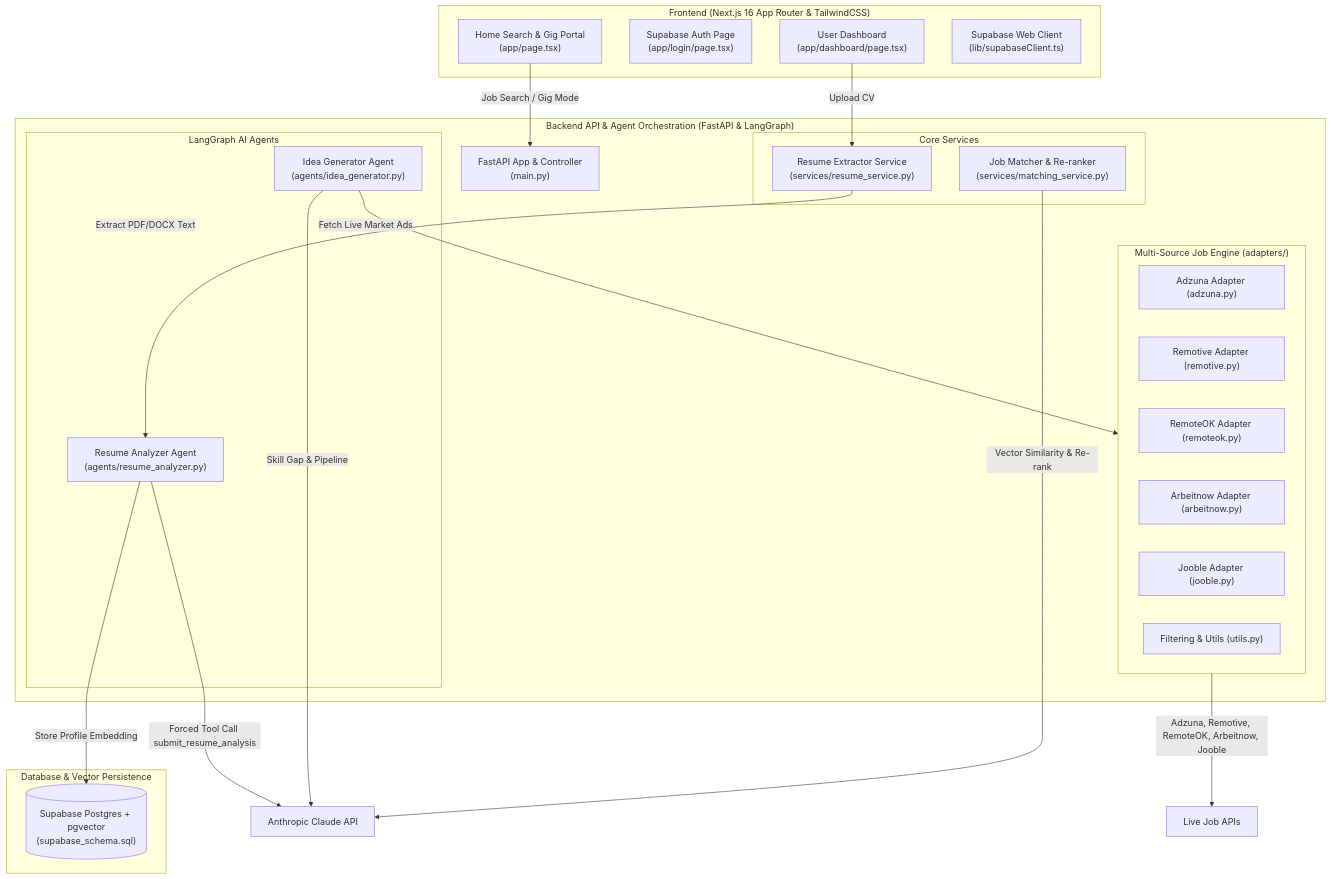
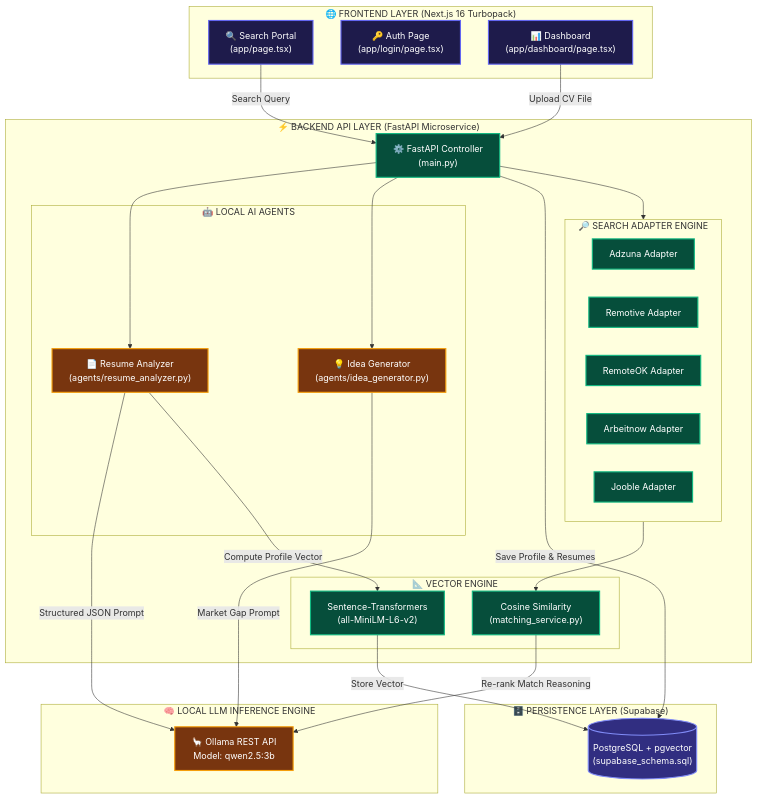
Before and after one commit to ArhamAkhtarr/trajectory: the diagram in project_pipeline.md, drawn with Mermaid. The commit also changed other lines of this file and 3 other files, not shown here.

Commit message:
Add project_info.md user guide, concepts.md technical guide, enhance project_pipeline.md and README.md documentation

````diff
--- a/project_pipeline.md
+++ b/project_pipeline.md
@@ -9,46 +16,57 @@
 ```mermaid
 flowchart TD
-    subgraph Frontend ["Frontend (Next.js 16 App Router & TailwindCSS)"]
-        UI_Home["Home Search & Gig Portal<br/>(app/page.tsx)"]
-        UI_Auth["Supabase Auth Page<br/>(app/login/page.tsx)"]
-        UI_Dash["User Dashboard<br/>(app/dashboard/page.tsx)"]
-        Supa_Client["Supabase Web Client<br/>(lib/supabaseClient.ts)"]
+    %% Custom Styling
+    classDef feStyle fill:#1e1b4b,stroke:#6366f1,stroke-width:2px,color:#fff;
+    classDef beStyle fill:#064e3b,stroke:#10b981,stroke-width:2px,color:#fff;
+    classDef aiStyle fill:#78350f,stroke:#f59e0b,stroke-width:2px,color:#fff;
+    classDef dbStyle fill:#312e81,stroke:#818cf8,stroke-width:2px,color:#fff;
+
+    subgraph FE ["🌐 FRONTEND LAYER (Next.js 16 Turbopack)"]
+        UI_Search["🔍 Search Portal<br/>(app/page.tsx)"]:::feStyle
+        UI_Auth["🔑 Auth Page<br/>(app/login/page.tsx)"]:::feStyle
+        UI_Dash["📊 Dashboard<br/>(app/dashboard/page.tsx)"]:::feStyle
     end
 
-    subgraph Backend ["Backend API & Agent Orchestration (FastAPI & LangGraph)"]
-        API["FastAPI App & Controller<br/>(main.py)"]
+    subgraph BE ["⚡ BACKEND API LAYER (FastAPI Microservice)"]
+        API["⚙️ FastAPI Controller<br/>(main.py)"]:::beStyle
         
-        subgraph Agents ["LangGraph AI Agents"]
-            Agent_Resume["Resume Analyzer Agent<br/>(agents/resume_analyzer.py)"]
-            Agent_Idea["Idea Generator Agent<br/>(agents/idea_generator.py)"]
+        subgraph AGENTS ["🤖 LOCAL AI AGENTS"]
+            Agent_Resume["📄 Resume Analyzer<br/>(agents/resume_analyzer.py)"]:::aiStyle
+            Agent_Idea["💡 Idea Generator<br/>(agents/idea_generator.py)"]:::aiStyle
         end
         
-        subgraph Services ["Core Services"]
-            Svc_Resume["Resume Extractor Service<br/>(services/resume_service.py)"]
-            Svc_Match["Job Matcher & Re-ranker<br/>(services/matching_service.py)"]
+        subgraph ENGINE ["🔎 SEARCH ADAPTER ENGINE"]
+            Adzuna["Adzuna Adapter"]:::beStyle
+            Remotive["Remotive Adapter"]:::beStyle
+            RemoteOK["RemoteOK Adapter"]:::beStyle
+            Arbeitnow["Arbeitnow Adapter"]:::beStyle
+            Jooble["Jooble Adapter"]:::beStyle
         end
-        
-        subgraph Adapters ["Multi-Source Job Engine (adapters/)"]
-            Adzuna["Adzuna Adapter (adzuna.py)"]
-            Remotive["Remotive Adapter (remotive.py)"]
-            RemoteOK["RemoteOK Adapter (remoteok.py)"]
-            Arbeitnow["Arbeitnow Adapter (arbeitnow.py)"]
-            Jooble["Jooble Adapter (jooble.py)"]
-            Utils["Filtering & Utils (utils.py)"]
+
+        subgraph VECTOR ["📐 VECTOR ENGINE"]
+            Embedder["Sentence-Transformers<br/>(all-MiniLM-L6-v2)"]:::beStyle
+            Matcher["Cosine Similarity<br/>(matching_service.py)"]:::beStyle
         end
     end
 
-    subgraph DB ["Database & Vector Persistence"]
-        Supabase_DB[("Supabase Postgres + pgvector<br/>(supabase_schema.sql)")]
+    subgraph OLLAMA ["🧠 LOCAL LLM INFERENCE ENGINE"]
+        OllamaModel["🦙 Ollama REST API<br/>Model: qwen2.5:3b"]:::aiStyle
     end
 
-    UI_Home -->|Job Search / Gig Mode| API
-    UI_Dash -->|Upload CV| Svc_Resume
-    Svc_Resume -->|Extract PDF/DOCX Text| Agent_Resume
-    Agent_Resume -->|Forced Tool Call submit_resume_analysis| Claude_LLM["Anthropic Claude API"]
-    Agent_Idea -->|Fetch Live Market Ads| Adapters
-    Agent_Idea -->|Skill Gap & Pipeline| Claude_LLM
-    Svc_Match -->|Vector Similarity & Re-rank| Claude_LLM
-    Agent_Resume -->|Store Profile Embedding| Supabase_DB
-    Adapters -->|Adzuna, Remotive, RemoteOK, Arbeitnow, Jooble| Live_APIs["Live Job APIs"]
+    subgraph DATA ["🗄️ PERSISTENCE LAYER (Supabase)"]
+        SupaDB[("PostgreSQL + pgvector<br/>(supabase_schema.sql)")]:::dbStyle
+    end
+
+    UI_Search -->|Search Query| API
+    UI_Dash -->|Upload CV File| API
+    API --> Agent_Resume
+    API --> Agent_Idea
+    API --> ENGINE
+    Agent_Resume -->|Structured JSON Prompt| OllamaModel
+    Agent_Idea -->|Market Gap Prompt| OllamaModel
+    Agent_Resume -->|Compute Profile Vector| Embedder
+    Embedder -->|Store Vector| SupaDB
+    ENGINE --> Matcher
+    Matcher -->|Re-rank Match Reasoning| OllamaModel
+    API -->|Save Profile & Resumes| SupaDB
 ```
````
